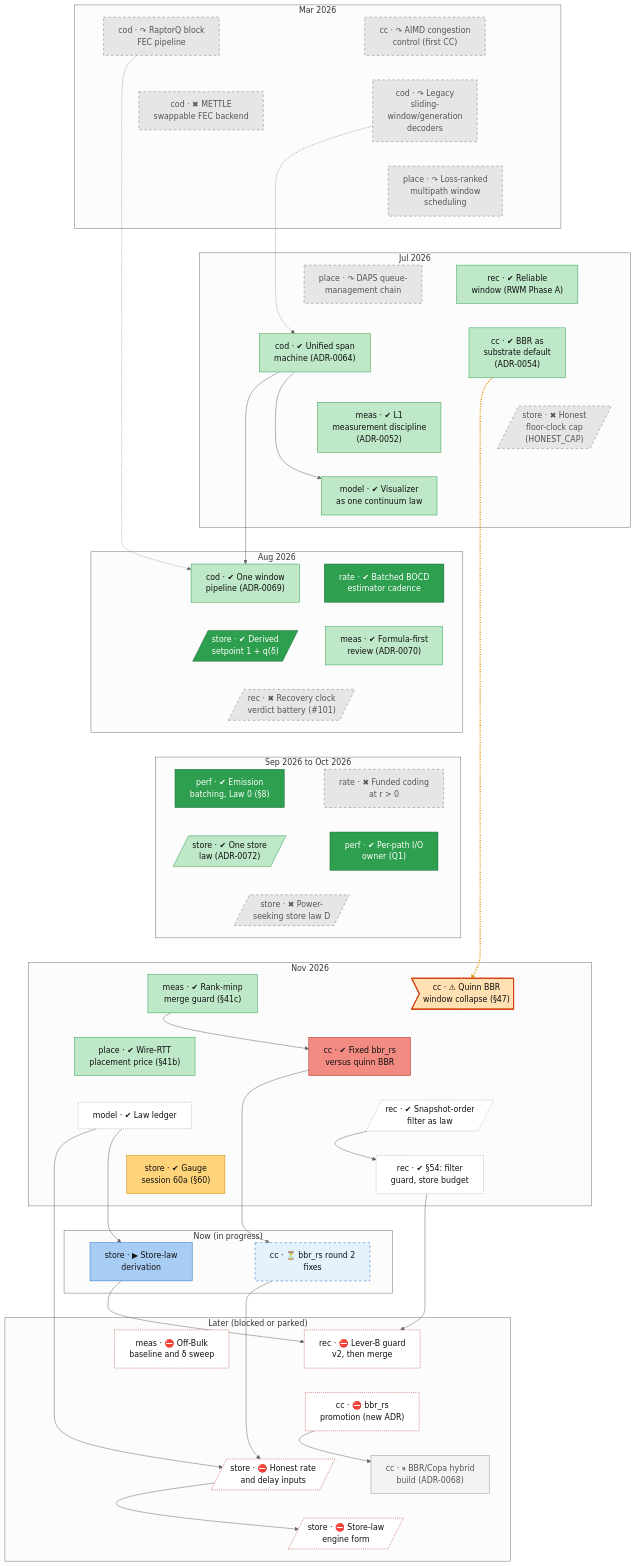
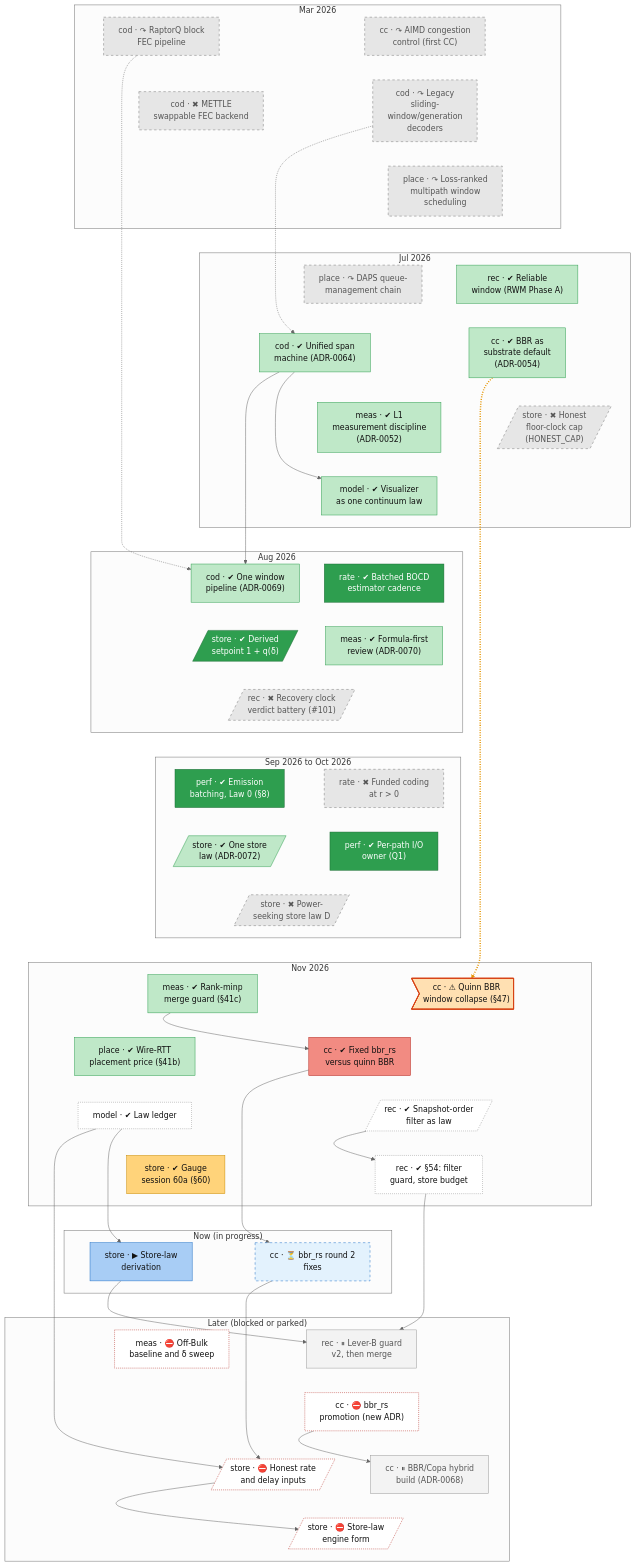
Before and after one commit to lhns/raptorpath: the second of 2 diagrams in docs/roadmap.md, drawn with Mermaid (neutral theme). The commit also changed other lines of this file and 13 other files, not shown here.

````diff
--- a/docs/roadmap.md
+++ b/docs/roadmap.md
@@ -142,7 +142,7 @@
         store_law_derivation["store · ▶ Store-law<br/>derivation"]
     end
     subgraph bd_6["Later (blocked or parked)"]
-        rec_leverb_guard["rec · ⛔ Lever-B guard<br/>v2, then merge"]
+        rec_leverb_guard["rec · ⏸ Lever-B guard<br/>v2, then merge"]
         meas_s51_session["meas · ⛔ Off-Bulk<br/>baseline and δ sweep"]
         cc_bbrrs_promote["cc · ⛔ bbr_rs<br/>promotion (new ADR)"]
         cc_hybrid["cc · ⏸ BBR/Copa hybrid<br/>build (ADR-0068)"]
@@ -229,6 +229,6 @@
     class cc_quinn_bbr_collapse defect
     class cc_bbrrs_r1 bad
     class cc_bbrrs_r2 waiting
-    class rec_leverb_guard,meas_s51_session,store_engine_form_impl,cc_bbrrs_promote,store_fix_maxbw_minrtt blocked
-    class cc_hybrid parked
+    class rec_leverb_guard,cc_hybrid parked
+    class meas_s51_session,store_engine_form_impl,cc_bbrrs_promote,store_fix_maxbw_minrtt blocked
 ```
````
